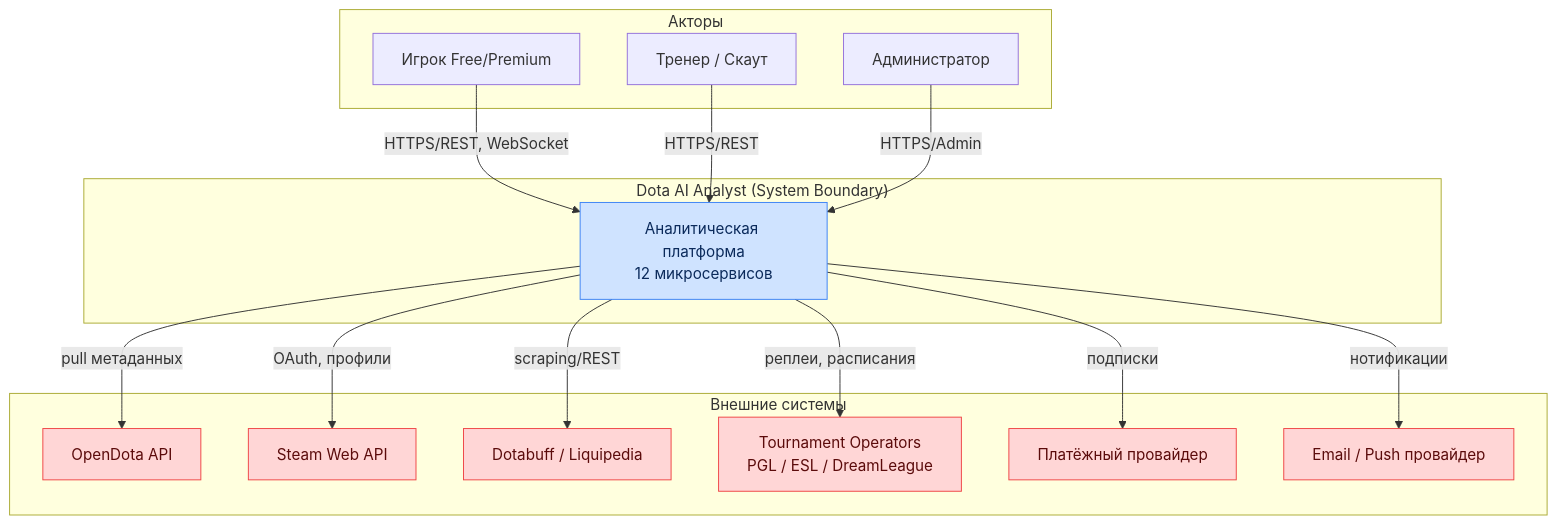
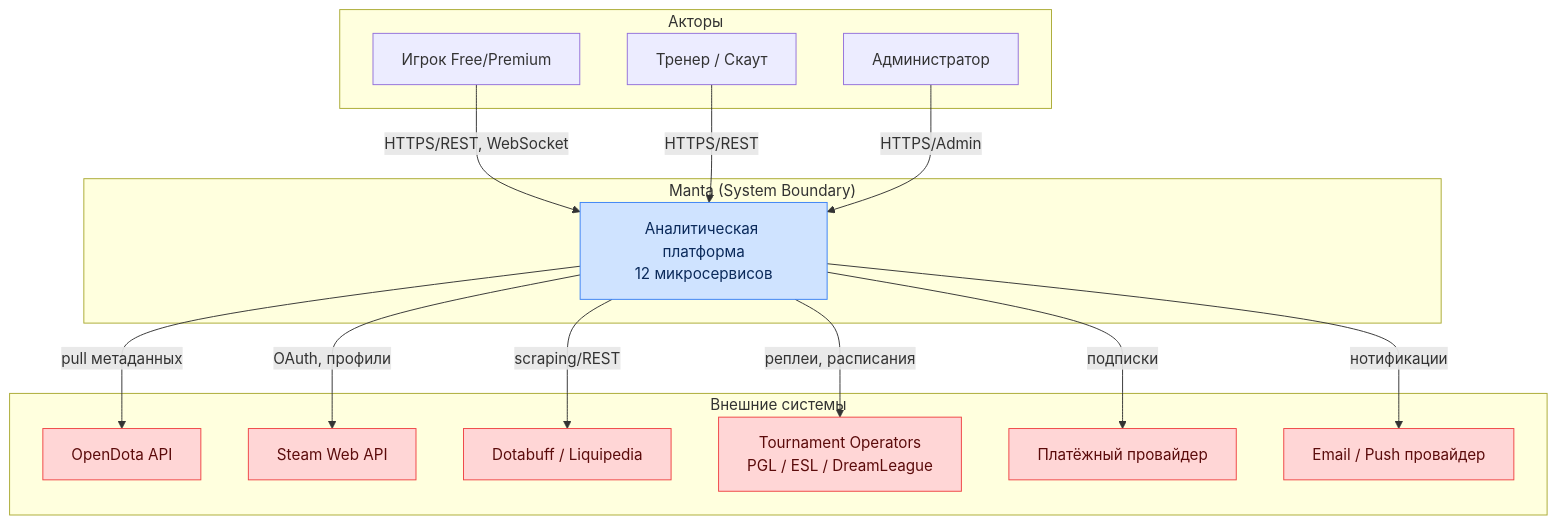
One commit to unmekeed/manta changed the first of 2 diagrams in docs/specification/ru/01-obshie-polozheniya.md. Above: the diagram before and after it, drawn with Mermaid. The commit also changed other lines of this file and 50 other files, not shown here.

````diff
--- a/docs/specification/ru/01-obshie-polozheniya.md
+++ b/docs/specification/ru/01-obshie-polozheniya.md
@@ -126,37 +126,37 @@
 ```mermaid
 flowchart TB
     subgraph Users["Акторы"]
         U1["Игрок Free/Premium"]
         U2["Тренер / Скаут"]
         U3["Администратор"]
     end
 
-    subgraph Platform["Dota AI Analyst (System Boundary)"]
+    subgraph Platform["Manta (System Boundary)"]
         CORE["Аналитическая платформа<br/>12 микросервисов"]
     end
 
     subgraph External["Внешние системы"]
         E1["OpenDota API"]
         E2["Steam Web API"]
         E3["Dotabuff / Liquipedia"]
         E4["Tournament Operators<br/>PGL / ESL / DreamLeague"]
         E5["Платёжный провайдер"]
         E6["Email / Push провайдер"]
     end
 
     U1 -->|HTTPS/REST, WebSocket| CORE
     U2 -->|HTTPS/REST| CORE
     U3 -->|HTTPS/Admin| CORE
 
     CORE -->|pull метаданных| E1
     CORE -->|OAuth, профили| E2
     CORE -->|scraping/REST| E3
     CORE -->|реплеи, расписания| E4
     CORE -->|подписки| E5
     CORE -->|нотификации| E6
 
     classDef svc fill:#cfe3ff,stroke:#3b82f6,color:#0b2a5b;
     classDef ext fill:#ffd6d6,stroke:#ef4444,color:#5b0b0b;
     class CORE svc;
     class E1,E2,E3,E4,E5,E6 ext;
 ```
````
